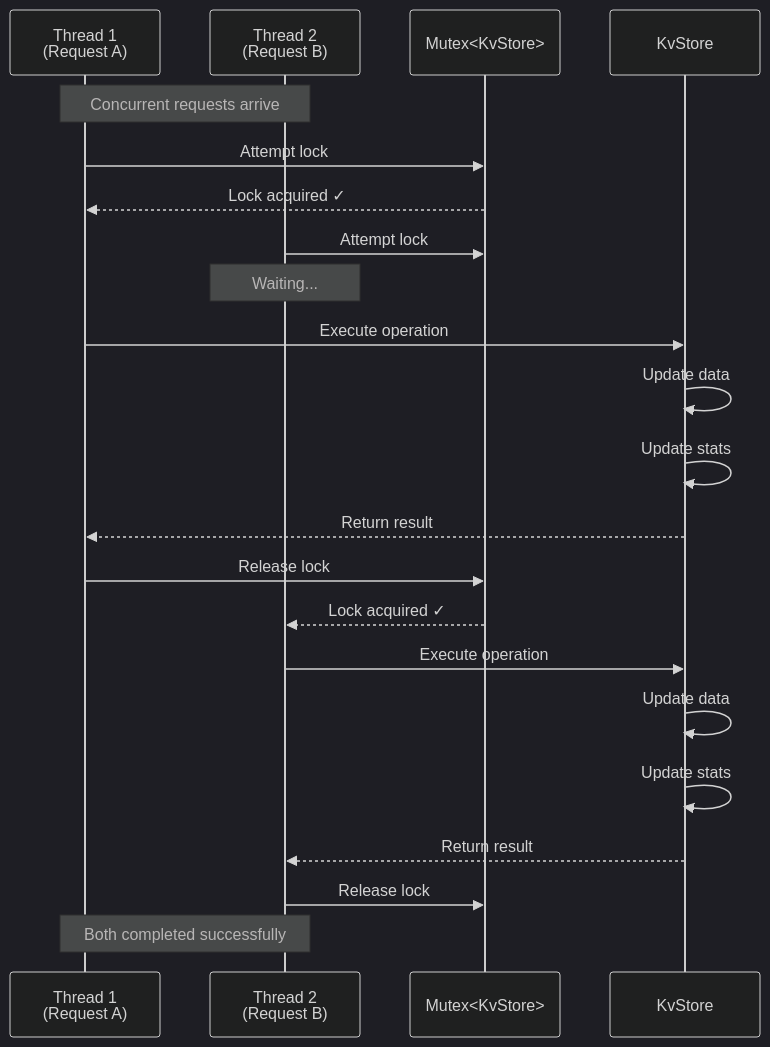
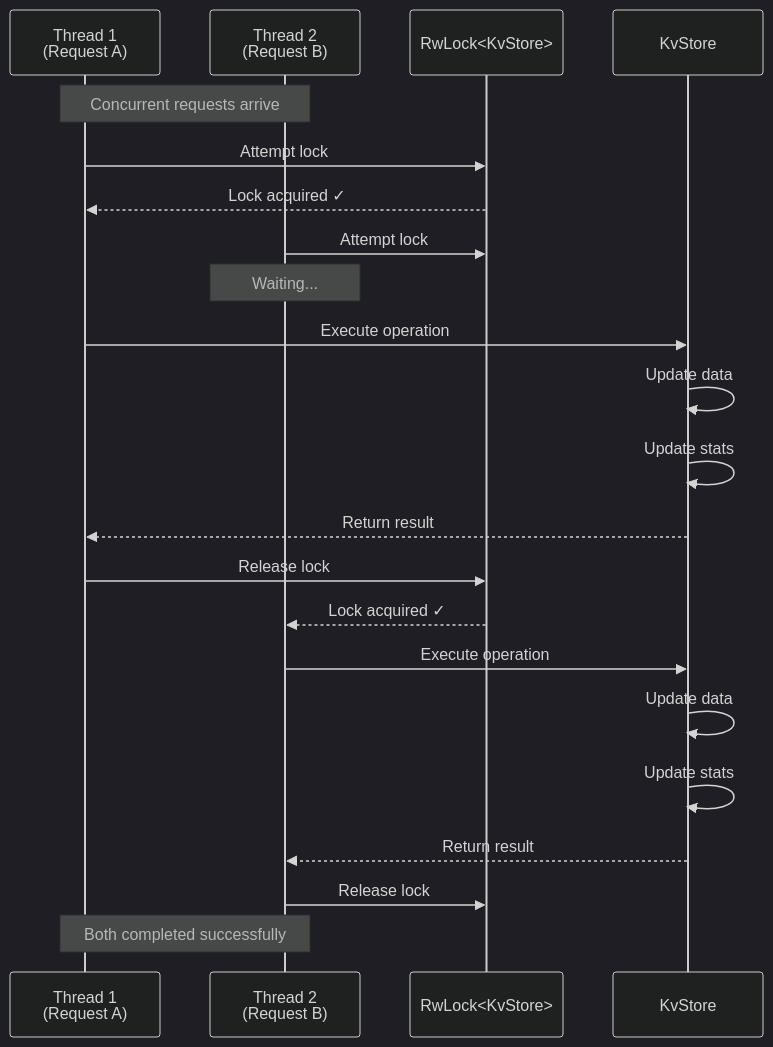
One commit to shubhamsugara22/daikon changed diagram 11 of 12 in ARCHITECTURE.md. Above: the diagram before and after it, drawn with Mermaid (dark theme). The commit also changed other lines of this file and 3 other files, not shown here.

````diff
--- a/ARCHITECTURE.md
+++ b/ARCHITECTURE.md
@@ -389,29 +389,29 @@
 ```mermaid
 sequenceDiagram
     participant T1 as Thread 1<br/>(Request A)
     participant T2 as Thread 2<br/>(Request B)
-    participant M as Mutex<KvStore>
+    participant M as RwLock<KvStore>
     participant Store as KvStore
     
     Note over T1,T2: Concurrent requests arrive
     
     T1->>M: Attempt lock
     M-->>T1: Lock acquired ✓
     T2->>M: Attempt lock
     Note over T2: Waiting...
     
     T1->>Store: Execute operation
     Store->>Store: Update data
     Store->>Store: Update stats
     Store-->>T1: Return result
     T1->>M: Release lock
     
     M-->>T2: Lock acquired ✓
     T2->>Store: Execute operation
     Store->>Store: Update data
     Store->>Store: Update stats
     Store-->>T2: Return result
     T2->>M: Release lock
     
     Note over T1,T2: Both completed successfully
 ```
````
